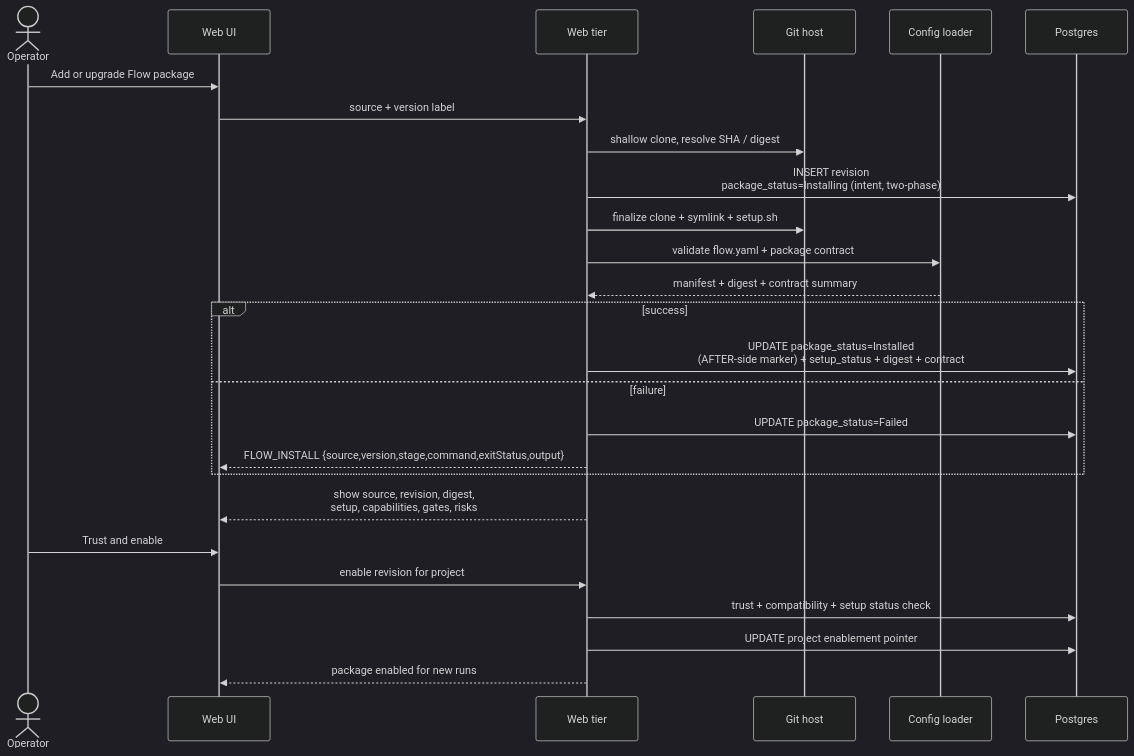
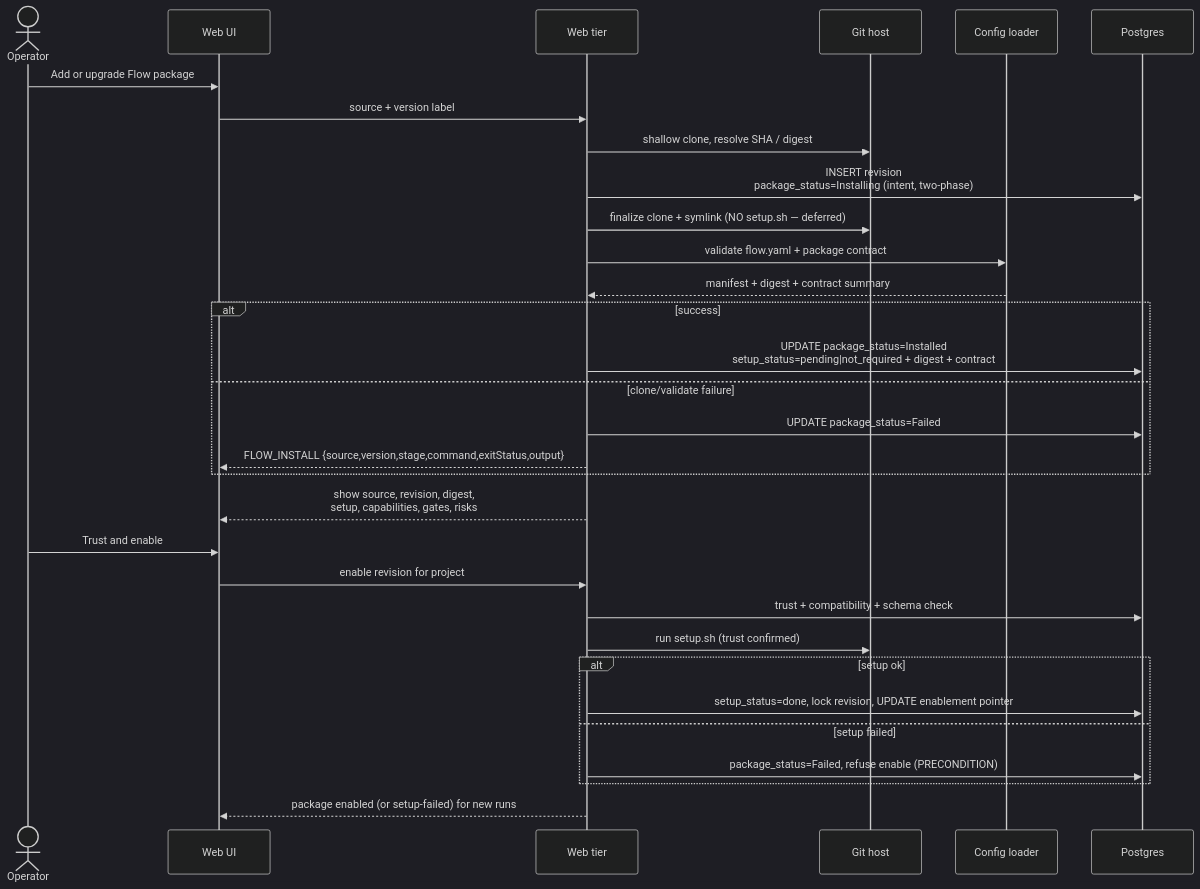
Before and after one commit to maister-dev/maister: the third of 5 diagrams in docs/system-analytics/flow-packages.md, drawn with Mermaid (dark theme). The commit also changed other lines of this file and 3 other files, not shown here.

First line of the commit message:
fix(m10): setup-after-trust, atomic enable/remove, setup-failure=Failed

````diff
--- a/docs/system-analytics/flow-packages.md
+++ b/docs/system-analytics/flow-packages.md
@@ -78,29 +84,34 @@
 ```mermaid
 sequenceDiagram
     actor U as Operator
     participant UI as Web UI
     participant W as Web tier
     participant G as Git host
     participant CFG as Config loader
     participant DB as Postgres
 
     U->>UI: Add or upgrade Flow package
     UI->>W: source + version label
     W->>G: shallow clone, resolve SHA / digest
     W->>DB: INSERT revision<br/>package_status=Installing (intent, two-phase)
-    W->>G: finalize clone + symlink + setup.sh
+    W->>G: finalize clone + symlink (NO setup.sh — deferred)
     W->>CFG: validate flow.yaml + package contract
     CFG-->>W: manifest + digest + contract summary
     alt success
-        W->>DB: UPDATE package_status=Installed<br/>(AFTER-side marker) + setup_status + digest + contract
-    else failure
+        W->>DB: UPDATE package_status=Installed<br/>setup_status=pending|not_required + digest + contract
+    else clone/validate failure
         W->>DB: UPDATE package_status=Failed
         W-->>UI: FLOW_INSTALL {source,version,stage,command,exitStatus,output}
     end
     W-->>UI: show source, revision, digest,<br/>setup, capabilities, gates, risks
     U->>UI: Trust and enable
     UI->>W: enable revision for project
-    W->>DB: trust + compatibility + setup status check
-    W->>DB: UPDATE project enablement pointer
-    W-->>UI: package enabled for new runs
+    W->>DB: trust + compatibility + schema check
+    W->>G: run setup.sh (trust confirmed)
+    alt setup ok
+        W->>DB: setup_status=done, lock revision, UPDATE enablement pointer
+    else setup failed
+        W->>DB: package_status=Failed, refuse enable (PRECONDITION)
+    end
+    W-->>UI: package enabled (or setup-failed) for new runs
 ```
````
